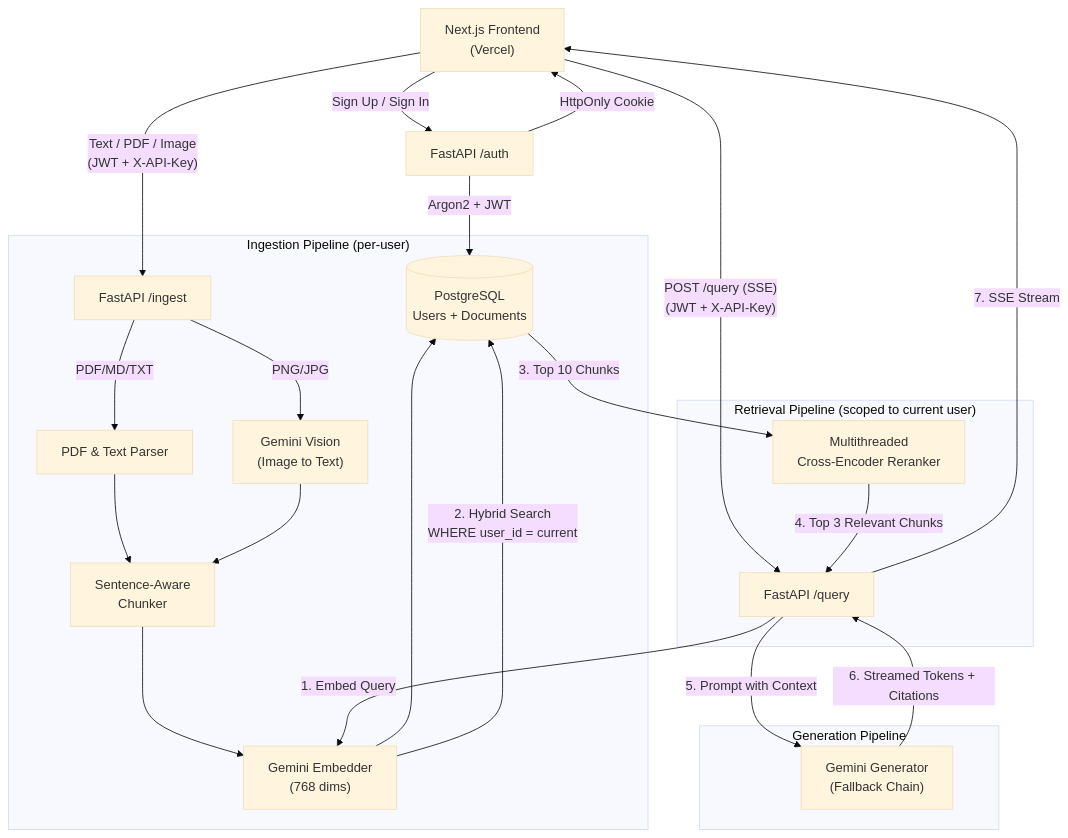
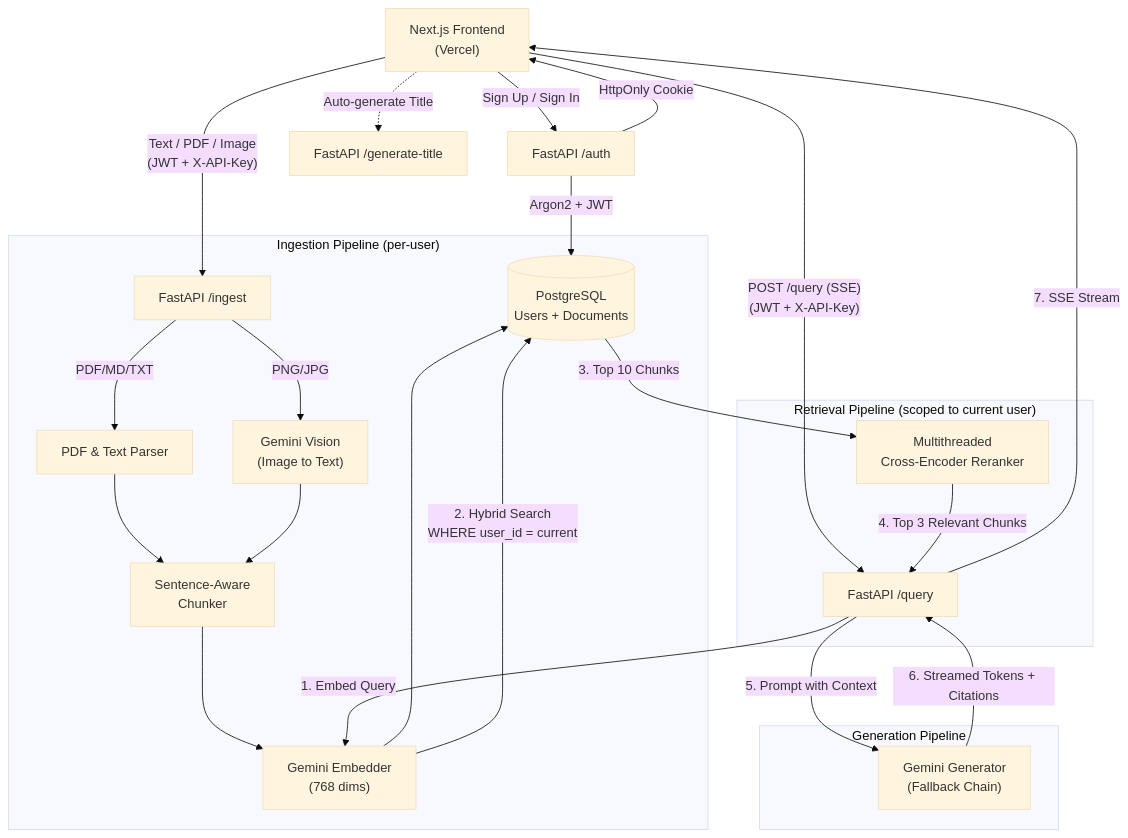
One commit to shaurya-10000/rag-evals changed the diagram in README.md. Above: the diagram before and after it, drawn with Mermaid (base theme). The commit also changed other lines of this file, not shown here.

````diff
--- a/README.md
+++ b/README.md
@@ -53,33 +54,35 @@
 ```mermaid
 flowchart TD
     Client["Next.js Frontend\n(Vercel)"] -->|"Sign Up / Sign In"| AuthAPI["FastAPI /auth"]
     AuthAPI -->|"Argon2 + JWT"| DB[("PostgreSQL\nUsers + Documents")]
     AuthAPI -->|"HttpOnly Cookie"| Client
 
     Client -->|"Text / PDF / Image\n(JWT + X-API-Key)"| IngestAPI["FastAPI /ingest"]
 
     subgraph "Ingestion Pipeline (per-user)"
         IngestAPI -->|"PDF/MD/TXT"| PDFParser["PDF & Text Parser"]
         IngestAPI -->|"PNG/JPG"| VisionAPI["Gemini Vision\n(Image to Text)"]
         PDFParser --> Chunker["Sentence-Aware\nChunker"]
         VisionAPI --> Chunker
         Chunker --> Embedder["Gemini Embedder\n(768 dims)"]
         Embedder --> DB
     end
 
     Client -->|"POST /query (SSE)\n(JWT + X-API-Key)"| QueryAPI["FastAPI /query"]
 
     subgraph "Retrieval Pipeline (scoped to current user)"
         QueryAPI -->|"1. Embed Query"| Embedder
         Embedder -->|"2. Hybrid Search\nWHERE user_id = current"| DB
         DB -->|"3. Top 10 Chunks"| Reranker["Multithreaded\nCross-Encoder Reranker"]
         Reranker -->|"4. Top 3 Relevant Chunks"| QueryAPI
     end
 
     subgraph "Generation Pipeline"
         QueryAPI -->|"5. Prompt with Context"| LLM["Gemini Generator\n(Fallback Chain)"]
     end
 
     LLM -->|"6. Streamed Tokens + Citations"| QueryAPI
     QueryAPI -->|"7. SSE Stream"| Client
+    
+    Client -.->|"Auto-generate Title"| TitleAPI["FastAPI /generate-title"]
 ```
````
